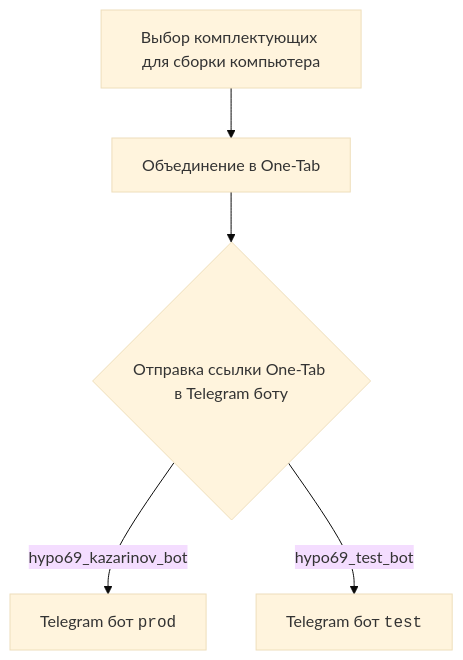
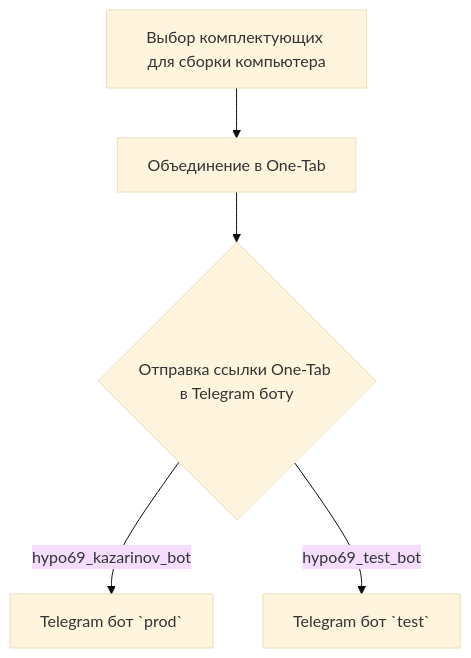
One commit to hypo69/hypo changed the first of 2 diagrams in docs/gemini/ru/doc/src/endpoints/kazarinov/README.MD.md. Above: the diagram before and after it, drawn with Mermaid (base theme). The commit also changed other lines of this file and 1300 other files, not shown here.

````diff
--- a/docs/gemini/ru/doc/src/endpoints/kazarinov/README.MD.md
+++ b/docs/gemini/ru/doc/src/endpoints/kazarinov/README.MD.md
@@ -32,7 +27,7 @@
-    ```mermaid
-    flowchart TD
-        Start[Выбор комплектующих для сборки компьютера] --> Combine[Объединение в One-Tab]
-        Combine --> SendToBot{Отправка ссылки One-Tab в Telegram боту}
-        SendToBot -->|hypo69_kazarinov_bot| ProdBot[Telegram бот <code>prod</code>]
-        SendToBot -->|hypo69_test_bot| TestBot[Telegram бот <code>test</code>]
-    ```
+```mermaid
+flowchart TD
+    Start[Выбор комплектующих для сборки компьютера] --> Combine[Объединение в One-Tab]
+    Combine --> SendToBot{Отправка ссылки One-Tab в Telegram боту}
+    SendToBot -->|hypo69_kazarinov_bot| ProdBot[Telegram бот `prod`]
+    SendToBot -->|hypo69_test_bot| TestBot[Telegram бот `test`]
+```
````
